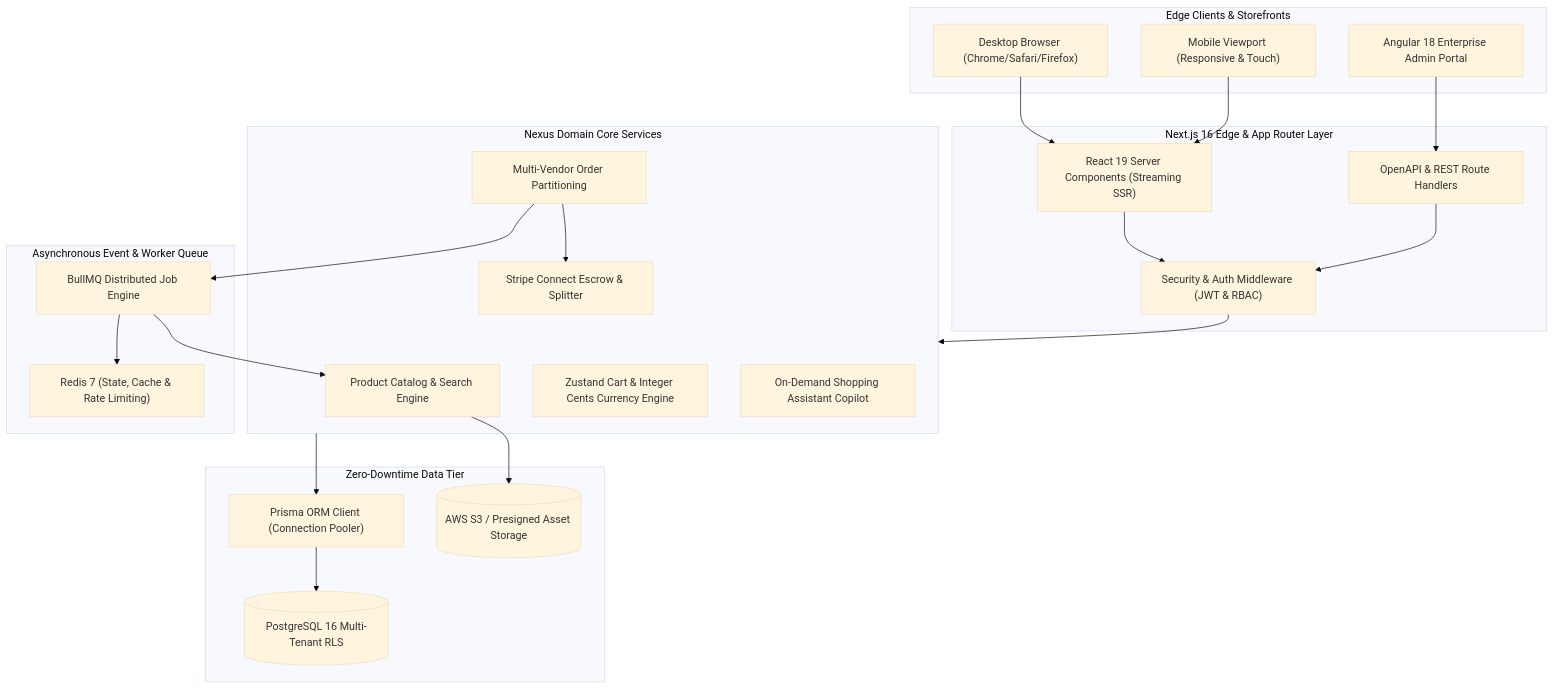
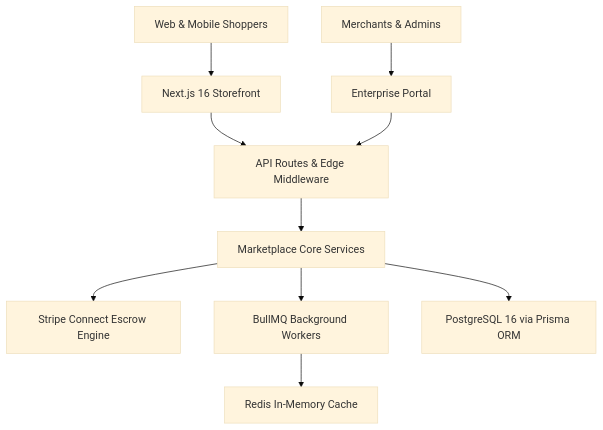
The first of 2 diagrams in README.md (athil18/multi-vendor-ecommerce), drawn with Mermaid (base theme) before and after one commit. The commit also changed other lines of this file and 14 other files, not shown here.

First line of the commit message:
docs: streamline README and isolate multi-vendor ecommerce codebase

````diff
--- a/README.md
+++ b/README.md
@@ -86,50 +77,12 @@
 ```mermaid
-flowchart TD
-    subgraph Clients["Edge Clients & Storefronts"]
-        Desktop["Desktop Browser (Chrome/Safari/Firefox)"]
-        Mobile["Mobile Viewport (Responsive & Touch)"]
-        AngularPortal["Angular 18 Enterprise Admin Portal"]
-    end
-
-    subgraph EdgeLayer["Next.js 16 Edge & App Router Layer"]
-        Middleware["Security & Auth Middleware (JWT & RBAC)"]
-        RSC["React 19 Server Components (Streaming SSR)"]
-        APIRoutes["OpenAPI & REST Route Handlers"]
-    end
-
-    subgraph CoreEngine["Nexus Domain Core Services"]
-        CatalogService["Product Catalog & Search Engine"]
-        CartService["Zustand Cart & Integer Cents Currency Engine"]
-        OrderService["Multi-Vendor Order Partitioning"]
-        StripeEscrow["Stripe Connect Escrow & Splitter"]
-        AICopilot["On-Demand Shopping Assistant Copilot"]
-    end
-
-    subgraph AsyncWorker["Asynchronous Event & Worker Queue"]
-        BullMQ["BullMQ Distributed Job Engine"]
-        RedisCache["Redis 7 (State, Cache & Rate Limiting)"]
-    end
-
-    subgraph DataPersistence["Zero-Downtime Data Tier"]
-        Prisma["Prisma ORM Client (Connection Pooler)"]
-        Postgres[(PostgreSQL 16 Multi-Tenant RLS)]
-        S3Bucket[(AWS S3 / Presigned Asset Storage)]
-    end
-
-    Desktop --> RSC
-    Mobile --> RSC
-    AngularPortal --> APIRoutes
-
-    RSC --> Middleware
-    APIRoutes --> Middleware
-    Middleware --> CoreEngine
-
-    OrderService --> StripeEscrow
-    OrderService --> BullMQ
-    BullMQ --> RedisCache
-    BullMQ --> CatalogService
-
-    CoreEngine --> Prisma
-    Prisma --> Postgres
-    CatalogService --> S3Bucket
+graph TD
+    User["Web & Mobile Shoppers"] --> Storefront["Next.js 16 Storefront"]
+    Admin["Merchants & Admins"] --> Dashboard["Enterprise Portal"]
+    Storefront --> Gateway["API Routes & Edge Middleware"]
+    Dashboard --> Gateway
+    Gateway --> Services["Marketplace Core Services"]
+    Services --> StripeEngine["Stripe Connect Escrow Engine"]
+    Services --> WorkerQueue["BullMQ Background Workers"]
+    Services --> Database["PostgreSQL 16 via Prisma ORM"]
+    WorkerQueue --> Redis["Redis In-Memory Cache"]
 ```
````
